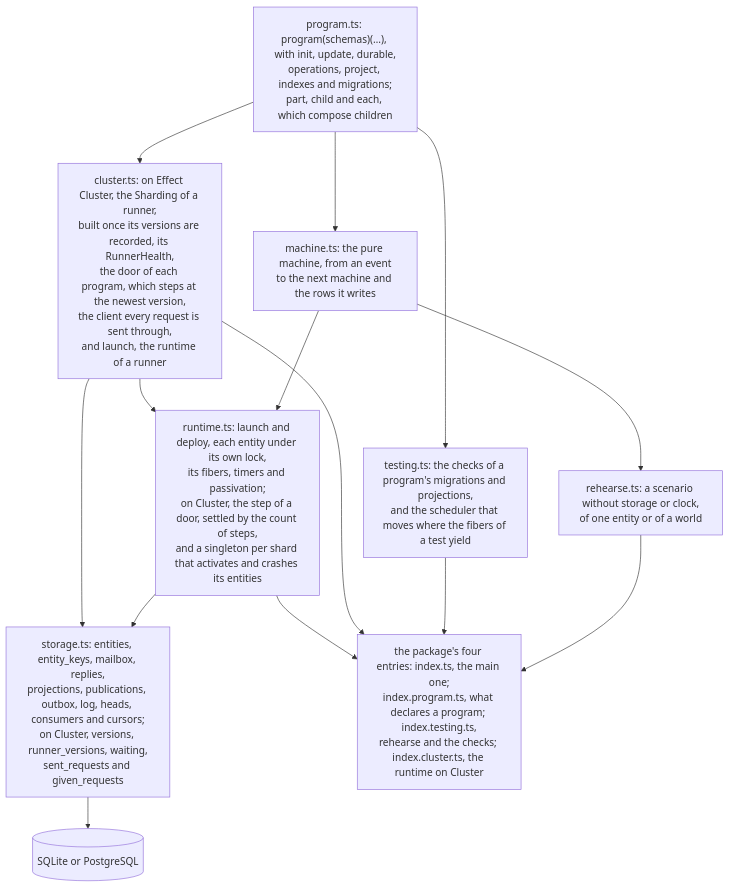
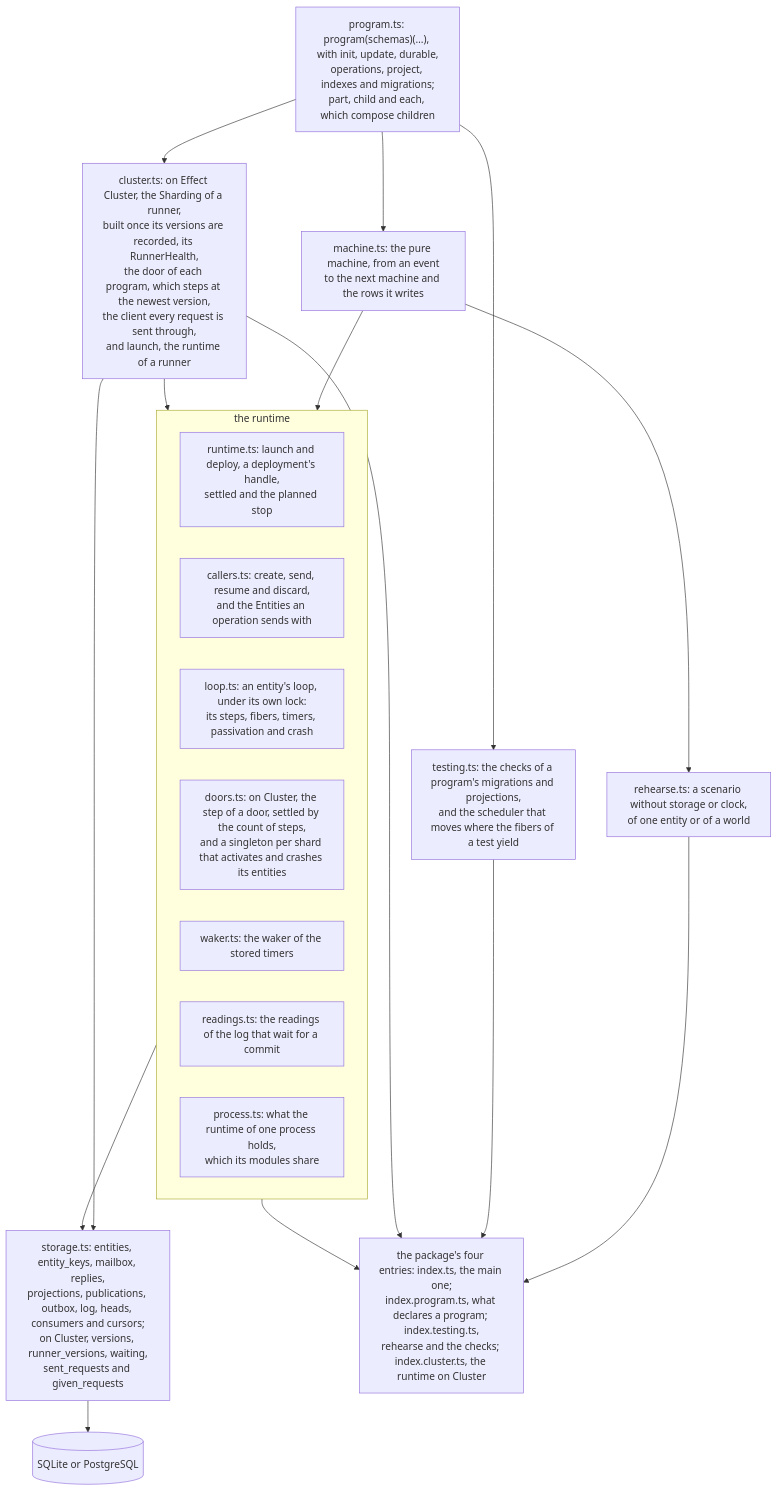
One commit to fgaudo/effect-tea-durable changed the second of 2 diagrams in README.md. Above: the diagram before and after it, drawn with Mermaid. The commit also changed other lines of this file and 13 other files, not shown here.

Commit message:
runtime: divide the closure into modules of one responsibility each

````diff
--- a/README.md
+++ b/README.md
@@ -95,26 +96,34 @@
 ```mermaid
 flowchart TB
   program["program.ts: program(schemas)(…), with init, update, durable,<br/>operations, project, indexes and migrations;<br/>part, child and each, which compose children"]
   machine["machine.ts: the pure machine, from an event<br/>to the next machine and the rows it writes"]
   rehearse["rehearse.ts: a scenario without storage or clock,<br/>of one entity or of a world"]
   testing["testing.ts: the checks of a program's migrations and projections,<br/>and the scheduler that moves where the fibers of a test yield"]
-  runtime["runtime.ts: launch and deploy, each entity under its own lock,<br/>its fibers, timers and passivation;<br/>on Cluster, the step of a door, settled by the count of steps,<br/>and a singleton per shard that activates and crashes its entities"]
+  subgraph runtime["the runtime"]
+    launch["runtime.ts: launch and deploy, a deployment's handle,<br/>settled and the planned stop"]
+    callers["callers.ts: create, send, resume and discard,<br/>and the Entities an operation sends with"]
+    loop["loop.ts: an entity's loop, under its own lock:<br/>its steps, fibers, timers, passivation and crash"]
+    doors["doors.ts: on Cluster, the step of a door, settled by the count of steps,<br/>and a singleton per shard that activates and crashes its entities"]
+    waker["waker.ts: the waker of the stored timers"]
+    readings["readings.ts: the readings of the log that wait for a commit"]
+    process["process.ts: what the runtime of one process holds,<br/>which its modules share"]
+  end
   cluster["cluster.ts: on Effect Cluster, the Sharding of a runner,<br/>built once its versions are recorded, its RunnerHealth,<br/>the door of each program, which steps at the newest version,<br/>the client every request is sent through,<br/>and launch, the runtime of a runner"]
   storage["storage.ts: entities, entity_keys, mailbox, replies,<br/>projections, publications, outbox, log, heads, consumers and cursors;<br/>on Cluster, versions, runner_versions, waiting,<br/>sent_requests and given_requests"]
   db[(SQLite or PostgreSQL)]
   entries["the package's four entries: index.ts, the main one;<br/>index.program.ts, what declares a program; index.testing.ts,<br/>rehearse and the checks; index.cluster.ts, the runtime on Cluster"]
 
   program --> machine
   machine --> rehearse
   program --> testing
   machine --> runtime
   program --> cluster
   runtime --> storage
   cluster --> runtime
   cluster --> storage
   storage --> db
   rehearse --> entries
   testing --> entries
   cluster --> entries
   runtime --> entries
 ```
````
